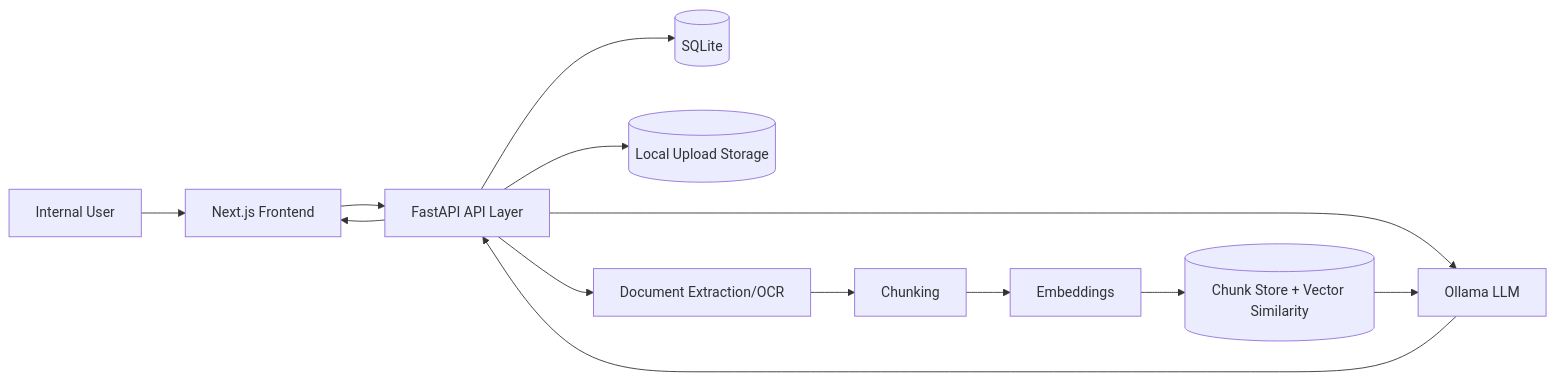
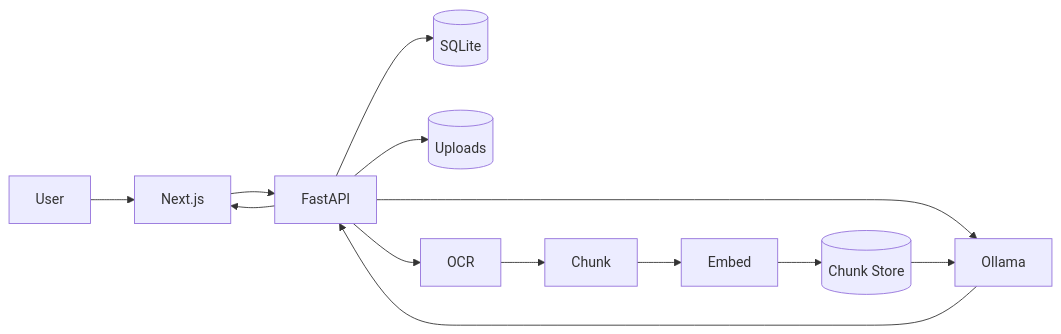
One commit to Web8080/ai_due_deligence_for_real_estate_operating_system changed the first of 5 diagrams in README.md. Above: the diagram before and after it, drawn with Mermaid. The commit also changed other lines of this file and 1 other file, not shown here.

First line of the commit message:
docs: add dashboard screenshot and refresh README (business value, arch diagrams, flowcharts)

````diff
--- a/README.md
+++ b/README.md
@@ -47,15 +72,15 @@
 ```mermaid
 flowchart LR
-  U[Internal User] --> FE[Next.js Frontend]
-  FE --> API[FastAPI API Layer]
+  U[User] --> FE[Next.js]
+  FE --> API[FastAPI]
   API --> DB[(SQLite)]
-  API --> FS[(Local Upload Storage)]
-  API --> OCR[Document Extraction/OCR]
-  OCR --> CH[Chunking]
-  CH --> EMB[Embeddings]
-  EMB --> IDX[(Chunk Store + Vector Similarity)]
-  API --> LLM[Ollama LLM]
+  API --> FS[(Uploads)]
+  API --> OCR[OCR]
+  OCR --> CH[Chunk]
+  CH --> EMB[Embed]
+  EMB --> IDX[(Chunk Store)]
+  API --> LLM[Ollama]
   IDX --> LLM
   LLM --> API
   API --> FE
 ```
````
